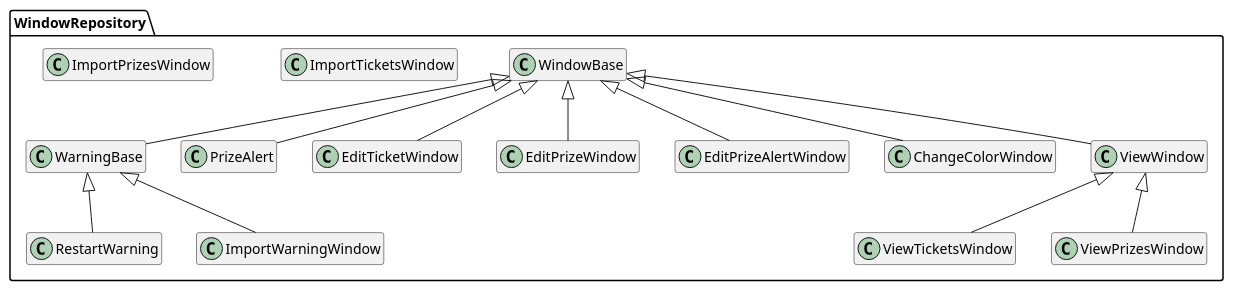
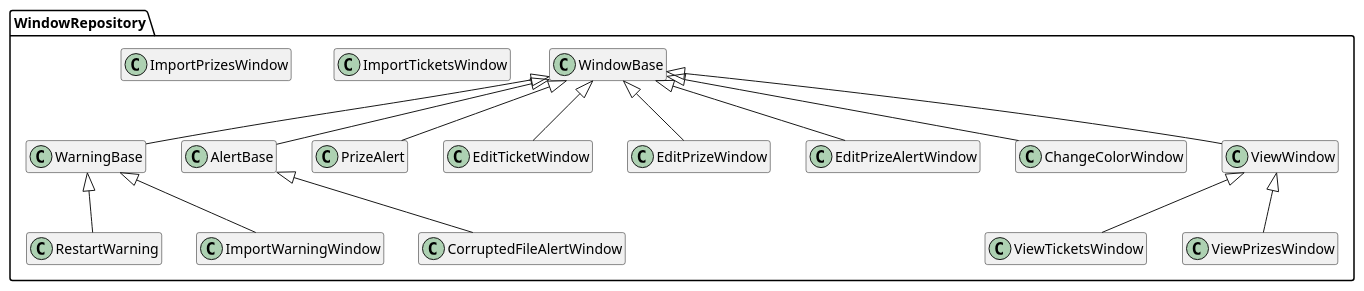
One commit to KaravolisL/AHEPA-Raffle changed the diagram in docs/Windows_HLD.md. Above: the diagram before and after it, drawn with PlantUML. The commit also changed 4 other files, not shown here.

Commit message:
Added Corrupted File Alert window

````diff
--- a/docs/Windows_HLD.md
+++ b/docs/Windows_HLD.md
@@ -3,37 +3,41 @@
 ```plantuml
 
 hide empty members
 
 package WindowRepository {
 
 class WindowBase
 class WarningBase
+class AlertBase
 class PrizeAlert
 class RestartWarning
 class ImportTicketsWindow
 class ImportPrizesWindow
 class EditTicketWindow
 class EditPrizeWindow
 class EditPrizeAlertWindow
 class ChangeColorWindow
 class ViewWindow
 class ViewTicketsWindow
 class ViewPrizesWindow
 
 class ImportWarningWindow
+class CorruptedFileAlertWindow
 
 WindowBase <|-- WarningBase
+WindowBase <|-- AlertBase
 WindowBase <|-- PrizeAlert
 WindowBase <|-- EditTicketWindow
 WindowBase <|-- EditPrizeWindow
 WindowBase <|-- EditPrizeAlertWindow
 WindowBase <|-- ChangeColorWindow
 WindowBase <|-- ViewWindow
 ViewWindow <|-- ViewTicketsWindow
 ViewWindow <|-- ViewPrizesWindow
 WarningBase <|-- RestartWarning
 WarningBase <|-- ImportWarningWindow
+AlertBase <|-- CorruptedFileAlertWindow
 
 }
 
 ```
````
